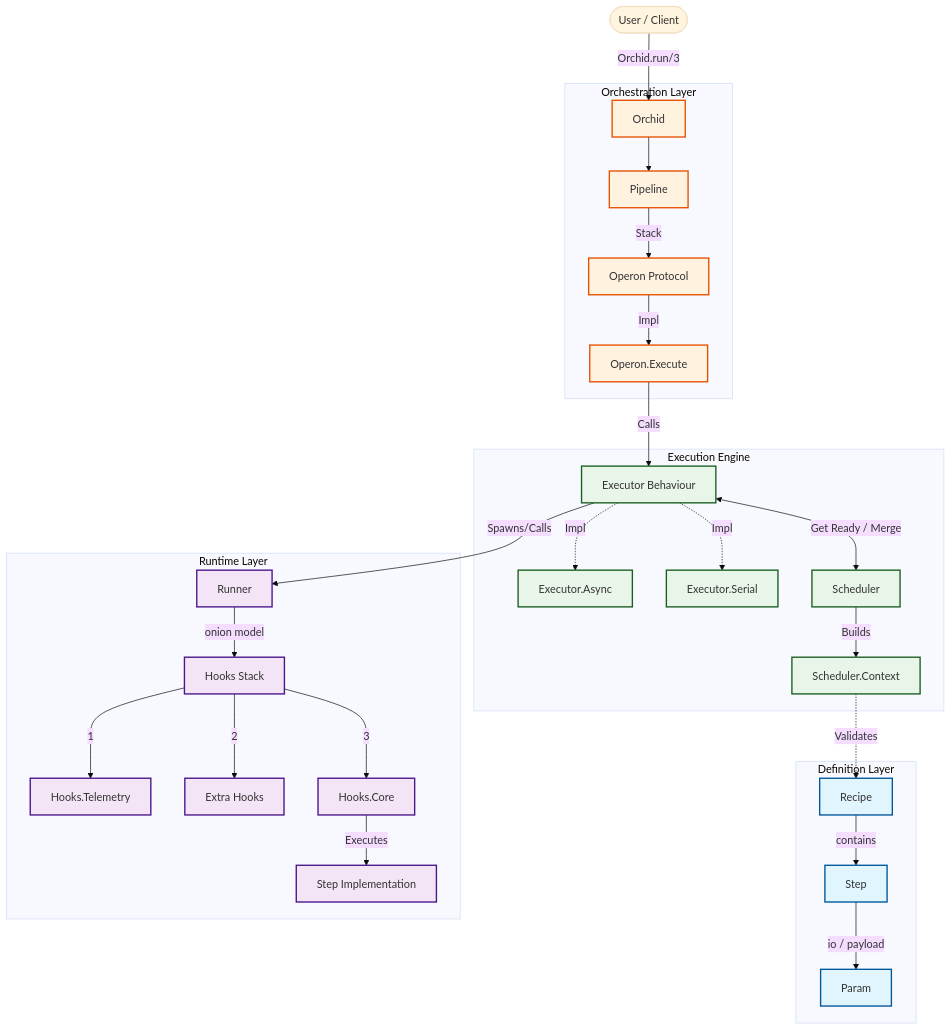
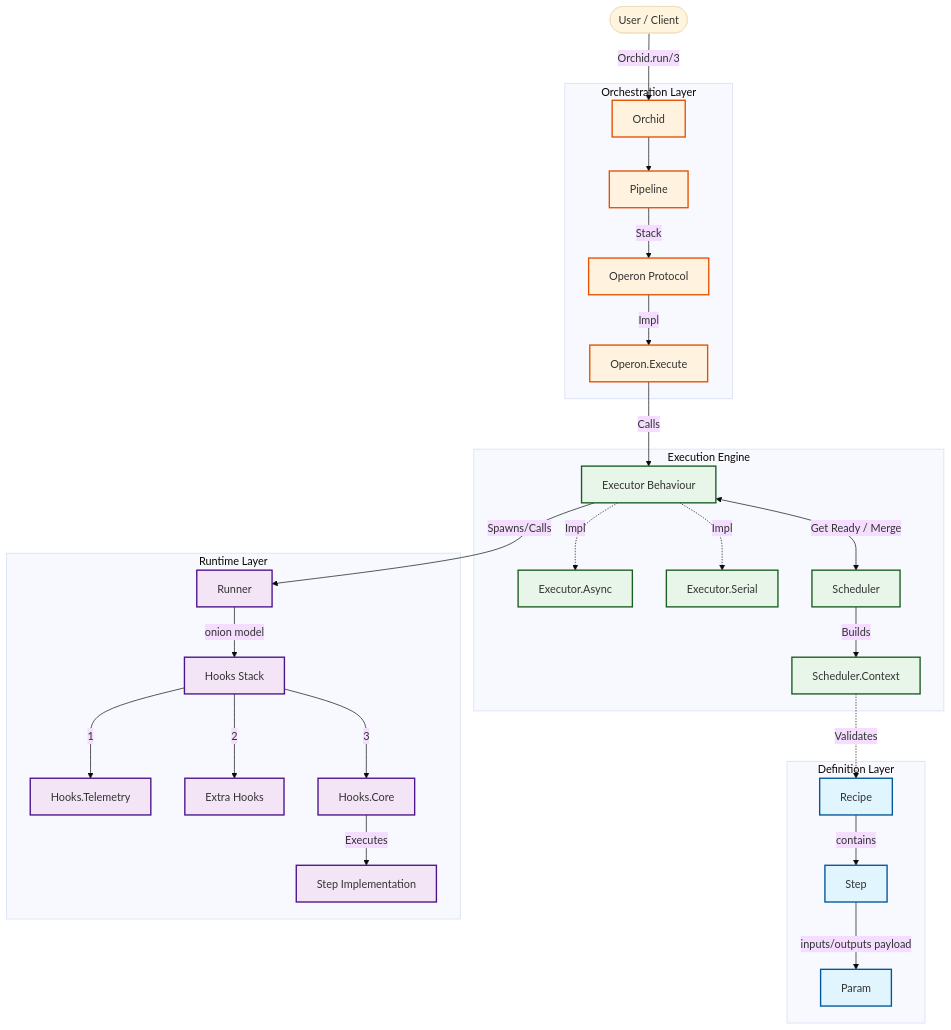
The first of 2 diagrams in assets/mermaid_graphs.md (SynapticStrings/Orchid), drawn with Mermaid (base theme) before and after one commit. The commit also changed other lines of this file, not shown here.

Commit message:
chore(docs): improve mermaid diagram clarity

````diff
--- a/assets/mermaid_graphs.md
+++ b/assets/mermaid_graphs.md
@@ -2,46 +2,47 @@
 ```mermaid
 graph TD
     %% --- Styles ---
     classDef definition fill:#e1f5fe,stroke:#01579b,stroke-width:2px;
     classDef core fill:#fff3e0,stroke:#e65100,stroke-width:2px;
     classDef execution fill:#e8f5e9,stroke:#1b5e20,stroke-width:2px;
     classDef runtime fill:#f3e5f5,stroke:#4a148c,stroke-width:2px;
     classDef user fill:#eceff1,stroke:#37474f,stroke-dasharray: 5 5;
 
     User([User / Client]) -->|Orchid.run/3| API[Orchid]:::core
 
     subgraph Definition [Definition Layer]
         Recipe[Recipe]:::definition
         Step[Step]:::definition
         Param[Param]:::definition
         Recipe -->|contains| Step
-        Step -->|io / payload| Param
+        Step -->|inputs/outputs payload| Param
+        %% Not means IO devide
     end
 
     subgraph Core [Orchestration Layer]
         API --> Pipeline:::core
         Pipeline -->|Stack| Operon[Operon Protocol]:::core
         Operon -->|Impl| OpExec[Operon.Execute]:::core
     end
 
     subgraph Execution [Execution Engine]
         OpExec -->|Calls| Executor[Executor Behaviour]:::execution
         Executor -.->|Impl| ExecAsync[Executor.Async]:::execution
         Executor -.->|Impl| ExecSerial[Executor.Serial]:::execution
         
         Executor <-->|Get Ready / Merge| Scheduler:::execution
         Scheduler -->|Builds| Context[Scheduler.Context]:::execution
         Context -.->|Validates| Recipe
     end
 
     subgraph RunnerSys [Runtime Layer]
         Executor -->|Spawns/Calls| Runner:::runtime
         Runner -->|onion model| HookStack[Hooks Stack]:::runtime
         
         HookStack -->|1| H_Telem[Hooks.Telemetry]:::runtime
         HookStack -->|2| H_Extra[Extra Hooks]:::runtime
         HookStack -->|3| H_Core[Hooks.Core]:::runtime
         
         H_Core -->|Executes| StepImpl[Step Implementation]:::runtime
     end
 ```
````
